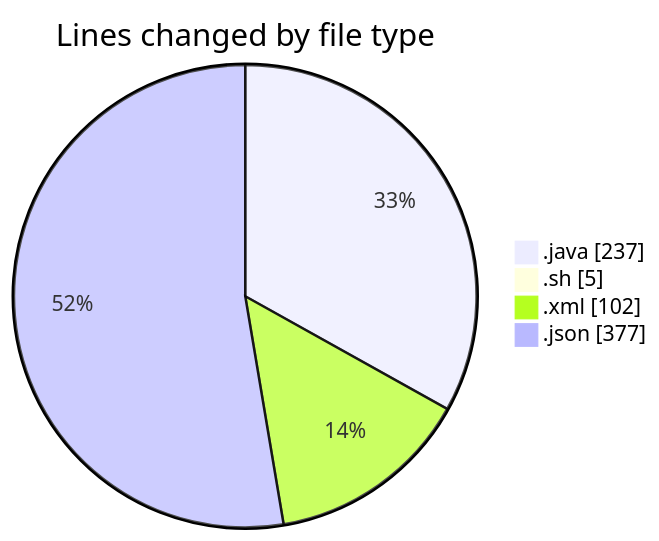
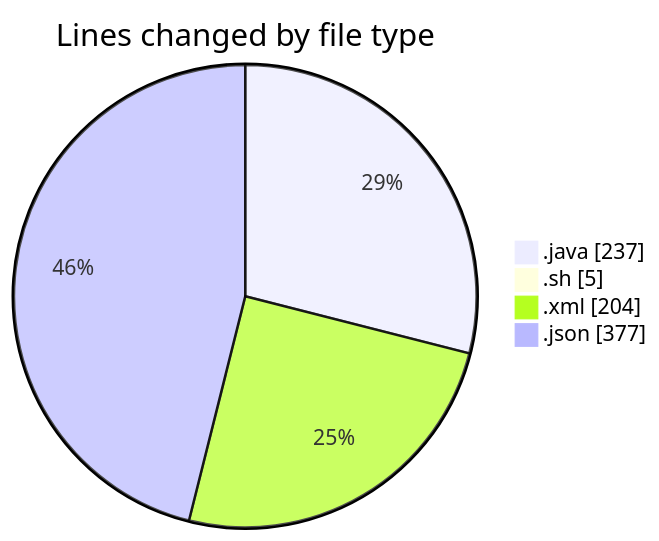
The first of 2 diagrams in 2025-02-19/micros/README.md (charlie-sans/code-tracking), drawn with Mermaid before and after one commit. The commit also changed other lines of this file and 1 other file, not shown here.

````diff
--- a/2025-02-19/micros/README.md
+++ b/2025-02-19/micros/README.md
@@ -25,8 +25,8 @@
 ```mermaid
 pie showData
 title Lines changed by file type
 ".java" : 237
 ".sh" : 5
-".xml" : 102
+".xml" : 204
 ".json" : 377
 ```
````
